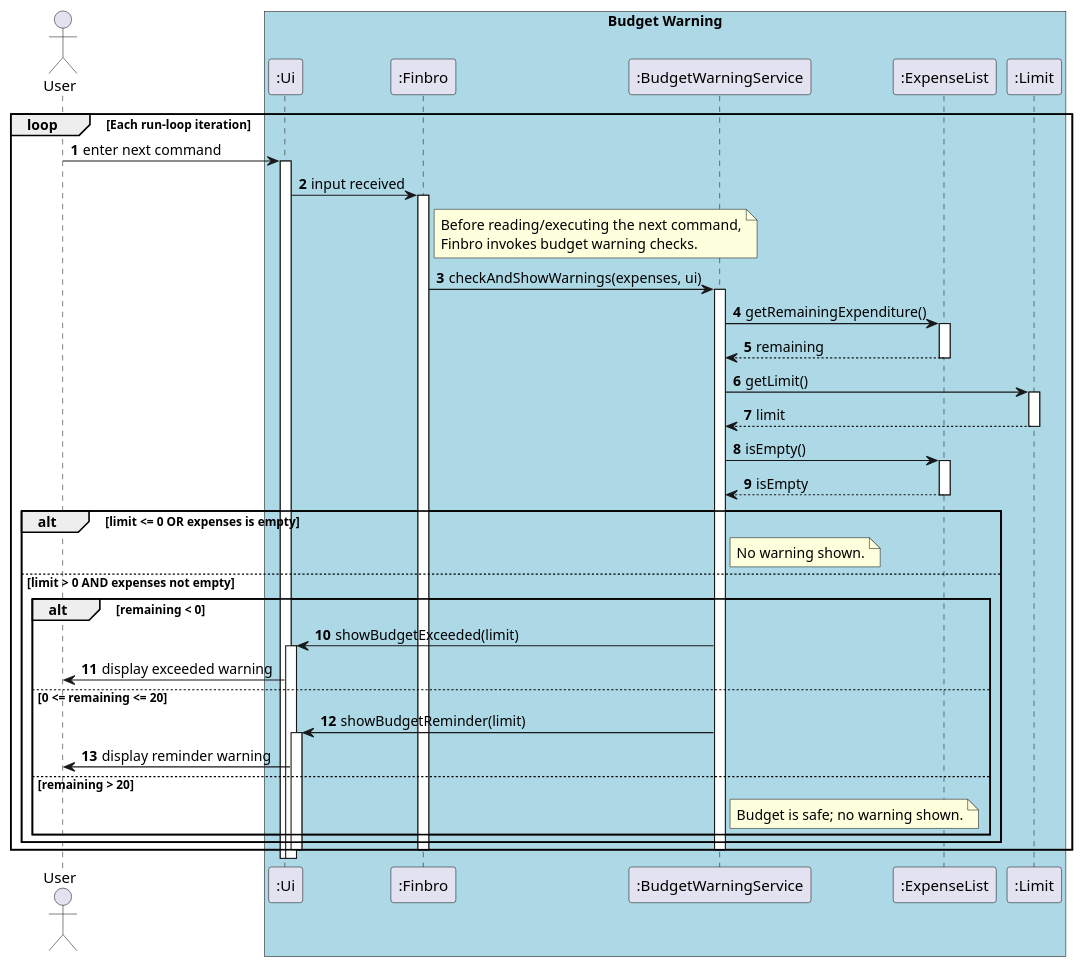
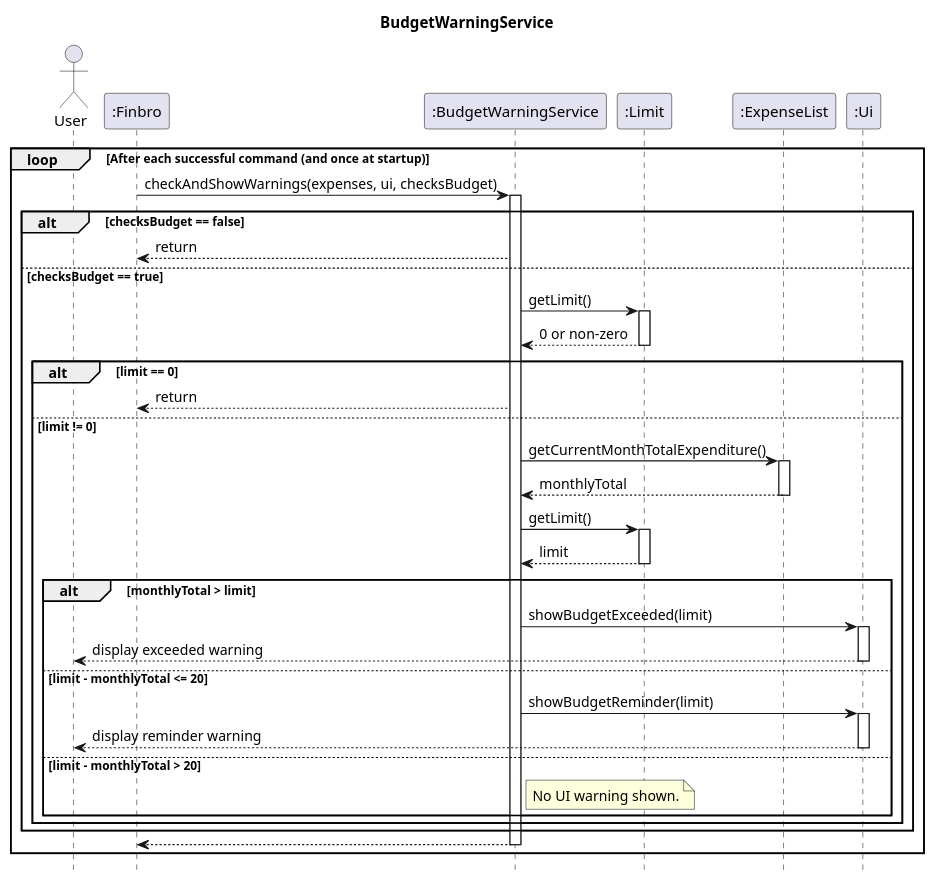
One commit to zihaoalt/tp changed the diagram in docs/UML_diagrams/BudgetWarningService.puml. Above: the diagram before and after it, drawn with PlantUML. The commit also changed 2 other files, not shown here.

Commit message:
Correct the budget warning sequence of action diagram

```diff
--- a/docs/UML_diagrams/BudgetWarningService.puml
+++ b/docs/UML_diagrams/BudgetWarningService.puml
@@ -1,70 +1,59 @@
-@startuml BudgetWarningService
-'https://plantuml.com/sequence-diagram
+@startuml
+title BudgetWarningService
+hide footbox
+
 actor User
 
-box "Budget Warning" #LightBlue
-participant ":Ui"
-participant ":Finbro"
-participant ":BudgetWarningService"
-participant ":ExpenseList"
-participant ":Limit"
-end box
+participant ":Finbro" as Finbro
+participant ":BudgetWarningService" as BudgetWarningService
+participant ":Limit" as Limit
+participant ":ExpenseList" as ExpenseList
+participant ":Ui" as Ui
 
-autonumber
+loop After each successful command (and once at startup)
+    Finbro -> BudgetWarningService++ : checkAndShowWarnings(expenses, ui, checksBudget)
 
-loop Each run-loop iteration
-	User -> ":Ui" : enter next command
-	activate ":Ui"
+    alt checksBudget == false
+        BudgetWarningService --> Finbro : return
+    else checksBudget == true
+        BudgetWarningService -> Limit : getLimit()
+        activate Limit
+        Limit --> BudgetWarningService : 0 or non-zero
+        deactivate Limit
 
-	":Ui" -> ":Finbro" : input received
-	activate ":Finbro"
+        alt limit == 0
+            BudgetWarningService --> Finbro : return
+        else limit != 0
+            BudgetWarningService -> ExpenseList : getCurrentMonthTotalExpenditure()
+            activate ExpenseList
+            ExpenseList --> BudgetWarningService : monthlyTotal
+            deactivate ExpenseList
 
-	note right of ":Finbro"
-	  Before reading/executing the next command,
-	  Finbro invokes budget warning checks.
-	end note
+            BudgetWarningService -> Limit : getLimit()
+            activate Limit
+            Limit --> BudgetWarningService : limit
+            deactivate Limit
 
-	":Finbro" -> ":BudgetWarningService" : checkAndShowWarnings(expenses, ui)
-	activate ":BudgetWarningService"
+            alt monthlyTotal > limit
+                BudgetWarningService -> Ui : showBudgetExceeded(limit)
+                activate Ui
+                Ui --> User : display exceeded warning
+                deactivate Ui
 
-	":BudgetWarningService" -> ":ExpenseList" : getRemainingExpenditure()
-	activate ":ExpenseList"
-	return remaining
+            else limit - monthlyTotal <= 20
+                BudgetWarningService -> Ui : showBudgetReminder(limit)
+                activate Ui
+                Ui --> User : display reminder warning
+                deactivate Ui
 
-	":BudgetWarningService" -> ":Limit" : getLimit()
-	activate ":Limit"
-	return limit
+            else limit - monthlyTotal > 20
+                note right of BudgetWarningService
+                    No UI warning shown.
+                end note
+            end
+        end
+    end
 
-	":BudgetWarningService" -> ":ExpenseList" : isEmpty()
-	activate ":ExpenseList"
-	return isEmpty
-
-	alt limit <= 0 OR expenses is empty
-		note right of ":BudgetWarningService"
-		  No warning shown.
-		end note
-
-	else limit > 0 AND expenses not empty
-		alt remaining < 0
-			":BudgetWarningService" -> ":Ui" : showBudgetExceeded(limit)
-			activate ":Ui"
-			":Ui" -> User : display exceeded warning
-
-		else 0 <= remaining <= 20
-			":BudgetWarningService" -> ":Ui" : showBudgetReminder(limit)
-			activate ":Ui"
-			":Ui" -> User : display reminder warning
-
-		else remaining > 20
-			note right of ":BudgetWarningService"
-			  Budget is safe; no warning shown.
-			end note
-		end
-	end
-
-	deactivate ":BudgetWarningService"
-	deactivate ":Finbro"
-	deactivate ":Ui"
+    BudgetWarningService --> Finbro--
 end
-
 @enduml
```
